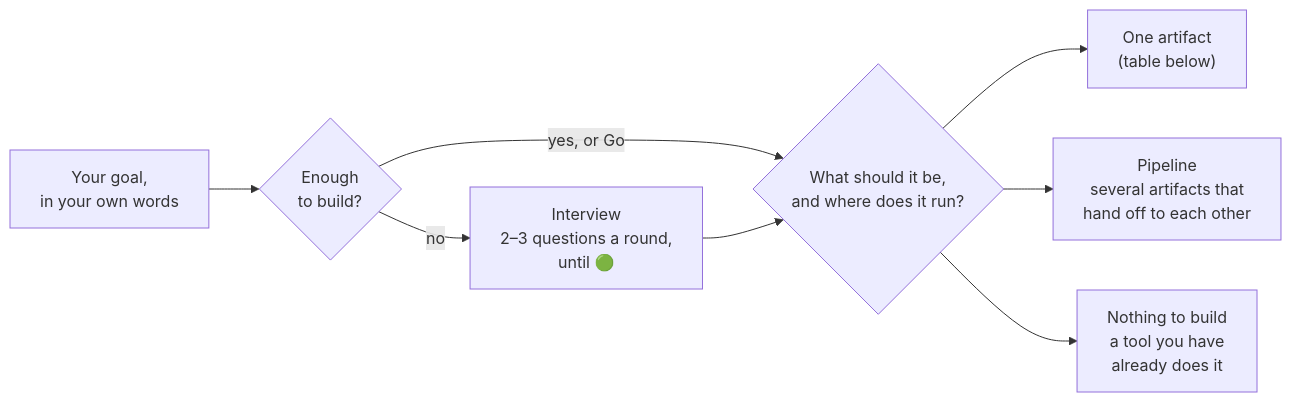
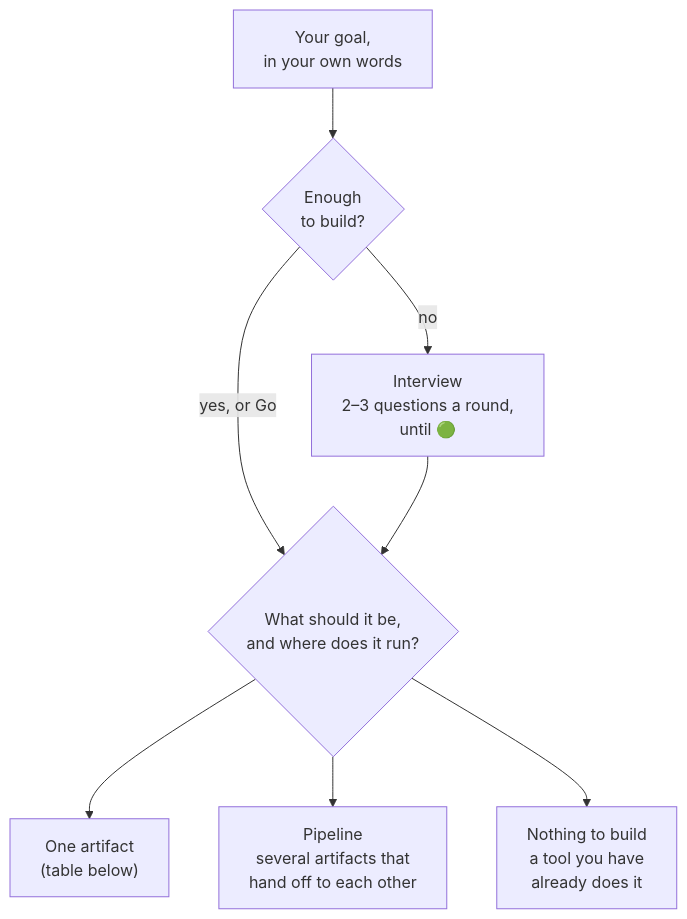
The diagram in README.md (Tobeiyyy/FLIP-prompt-architect), drawn with Mermaid before and after one commit.

Commit message:
README: route diagram top-down so it reads at column width

````diff
--- a/README.md
+++ b/README.md
@@ -9,10 +9,10 @@
 ```mermaid
-flowchart LR
+flowchart TD
     A["Your goal,<br>in your own words"] --> B{"Enough<br>to build?"}
     B -- "no" --> C["Interview<br>2–3 questions a round,<br>until 🟢"]
     B -- "yes, or Go" --> D
     C --> D{"What should it be,<br>and where does it run?"}
     D --> E["One artifact<br>(table below)"]
     D --> F["Pipeline<br>several artifacts that<br>hand off to each other"]
     D --> G["Nothing to build<br>a tool you have<br>already does it"]
 ```
````
